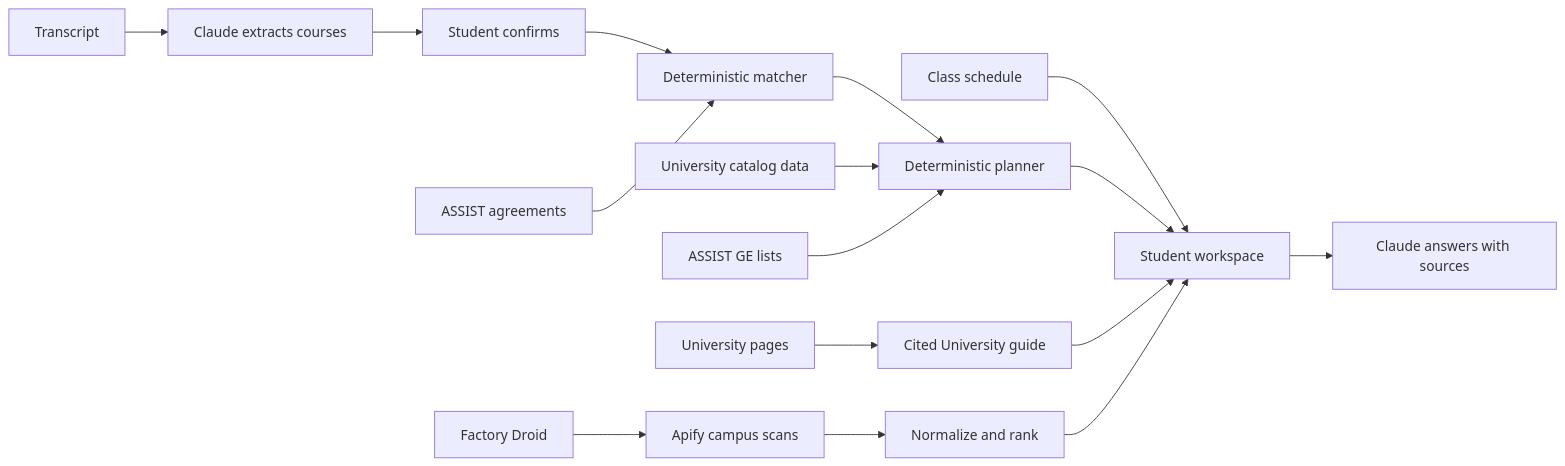
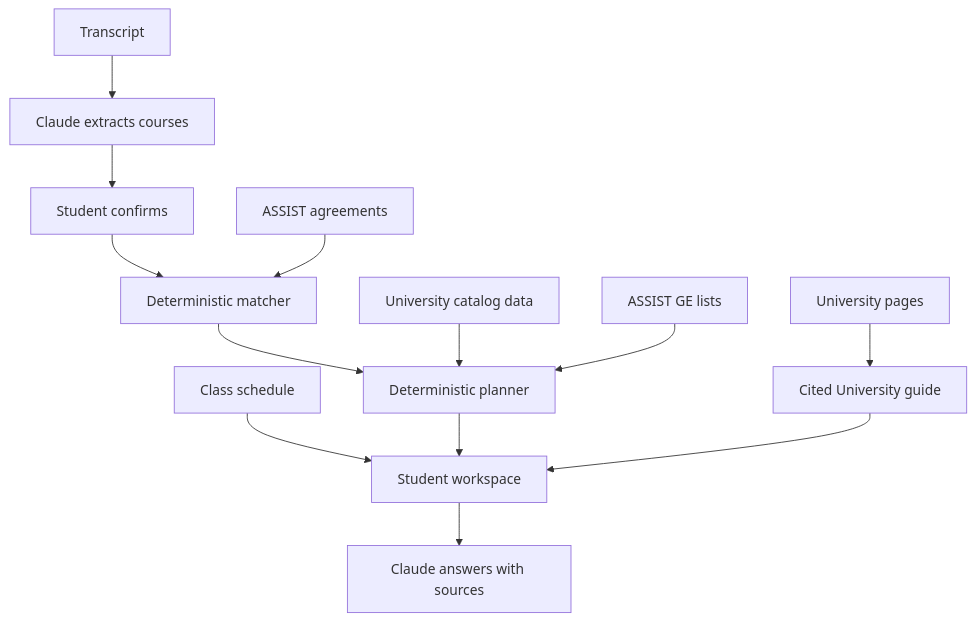
Before and after one commit to Cal-Hacks-2026/Hindsight: the first of 2 diagrams in README.md, drawn with Mermaid. The commit also changed other lines of this file, not shown here.

First line of the commit message:
README: Devpost link, split How it works diagram, team paragraph (#47)

````diff
--- a/README.md
+++ b/README.md
@@ -106,18 +108,15 @@
 ```mermaid
-flowchart LR
+flowchart TD
     T[Transcript] --> E[Claude extracts courses]
     E --> C[Student confirms]
     C --> M[Deterministic matcher]
     A[ASSIST agreements] --> M
     M --> P[Deterministic planner]
     K[University catalog data] --> P
     G[ASSIST GE lists] --> P
     H[Class schedule] --> W
     P --> W[Student workspace]
     U[University pages] --> V[Cited University guide]
     V --> W
-    D[Factory Droid] --> S[Apify campus scans]
-    S --> R[Normalize and rank]
-    R --> W
     W --> Q[Claude answers with sources]
 ```
````
